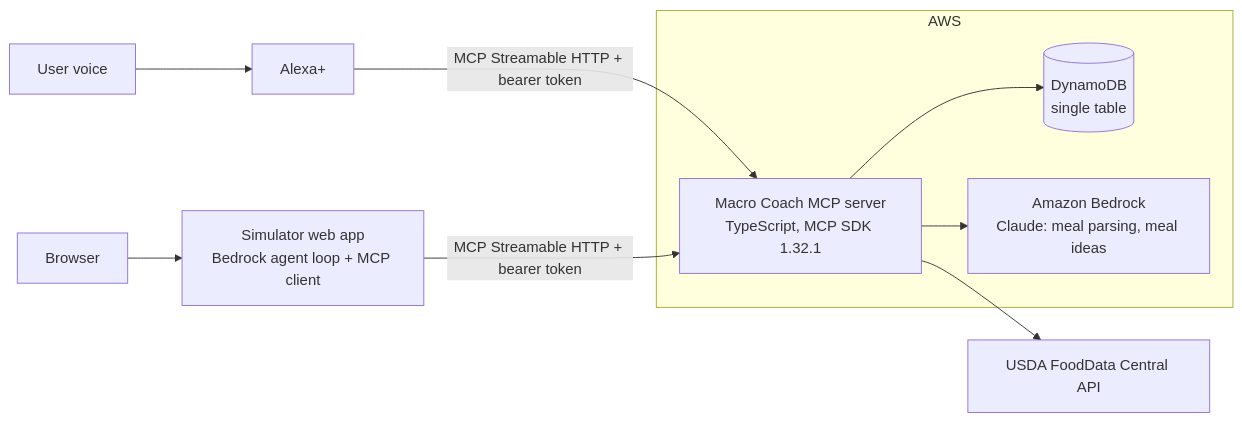
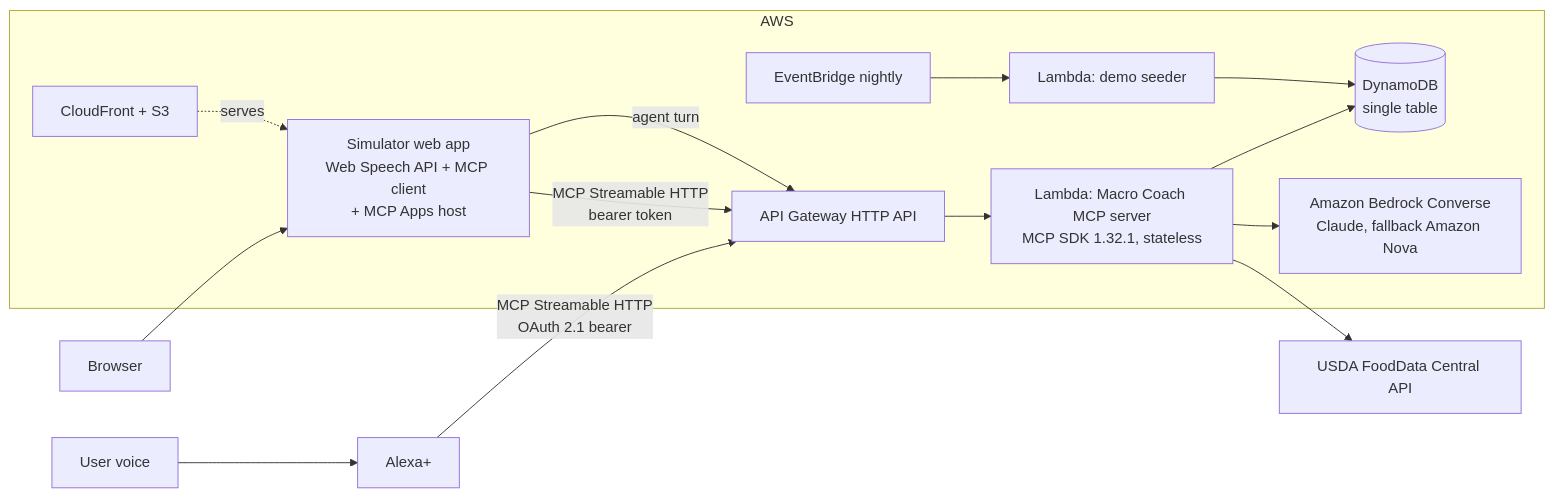
The diagram in README.md (Wilhelmvsop/Macro-Coach), drawn with Mermaid before and after one commit. The commit also changed other lines of this file and 5 other files, not shown here.

````diff
--- a/README.md
+++ b/README.md
@@ -13,12 +60,16 @@
 ```mermaid
 flowchart LR
   U[User voice] --> A[Alexa+]
-  U2[Browser] --> S[Simulator web app<br/>Bedrock agent loop + MCP client]
-  A -- MCP Streamable HTTP + bearer token --> M
-  S -- MCP Streamable HTTP + bearer token --> M
+  U2[Browser] --> S["Simulator web app<br/>Web Speech API + MCP client<br/>+ MCP Apps host"]
+  A -- "MCP Streamable HTTP<br/>OAuth 2.1 bearer" --> G
+  S -- "MCP Streamable HTTP<br/>bearer token" --> G
+  S -- "agent turn" --> G
   subgraph AWS
-    M[Macro Coach MCP server<br/>TypeScript, MCP SDK 1.32.1] --> D[(DynamoDB<br/>single table)]
-    M --> B[Amazon Bedrock<br/>Claude: meal parsing, meal ideas]
+    G[API Gateway HTTP API] --> M["Lambda: Macro Coach MCP server<br/>MCP SDK 1.32.1, stateless"]
+    M --> D[(DynamoDB<br/>single table)]
+    M --> B["Amazon Bedrock Converse<br/>Claude, fallback Amazon Nova"]
+    E[EventBridge nightly] --> SD[Lambda: demo seeder] --> D
+    CF[CloudFront + S3] -.serves.-> S
   end
   M --> F[USDA FoodData Central API]
 ```
````
